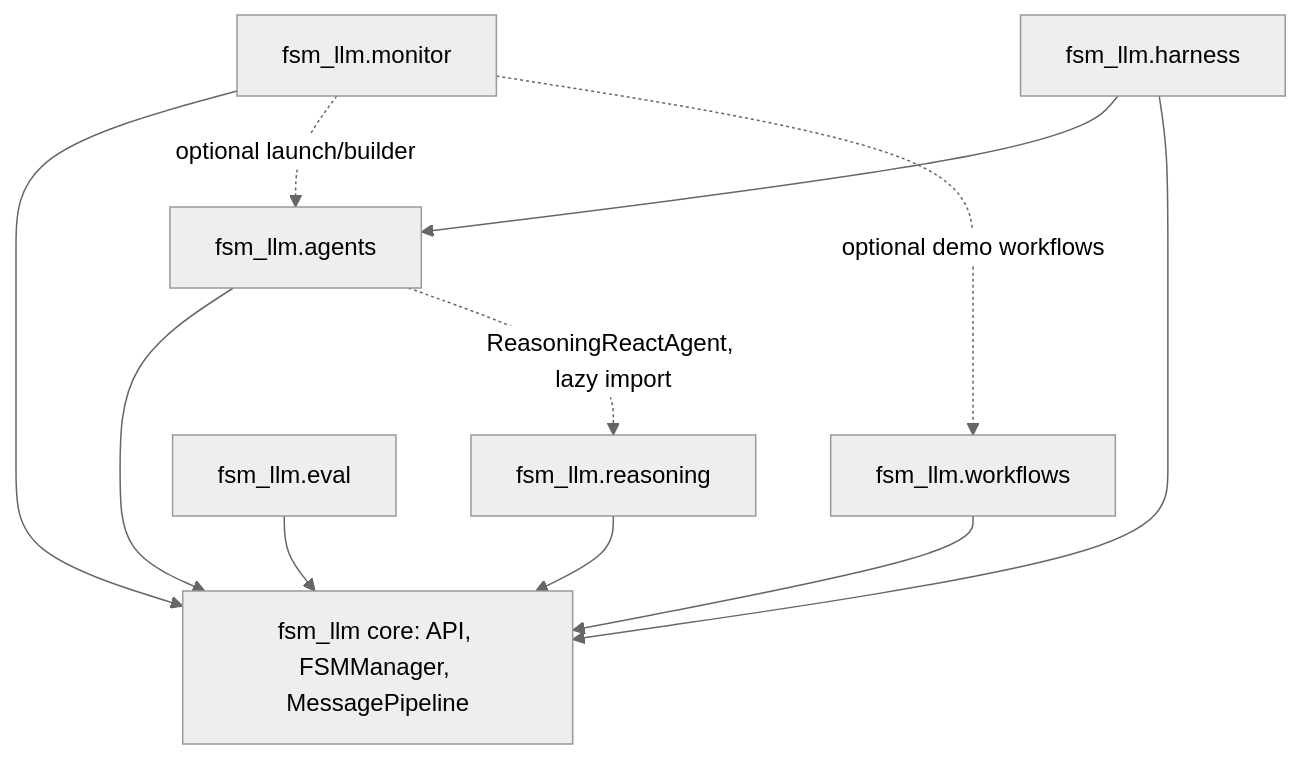
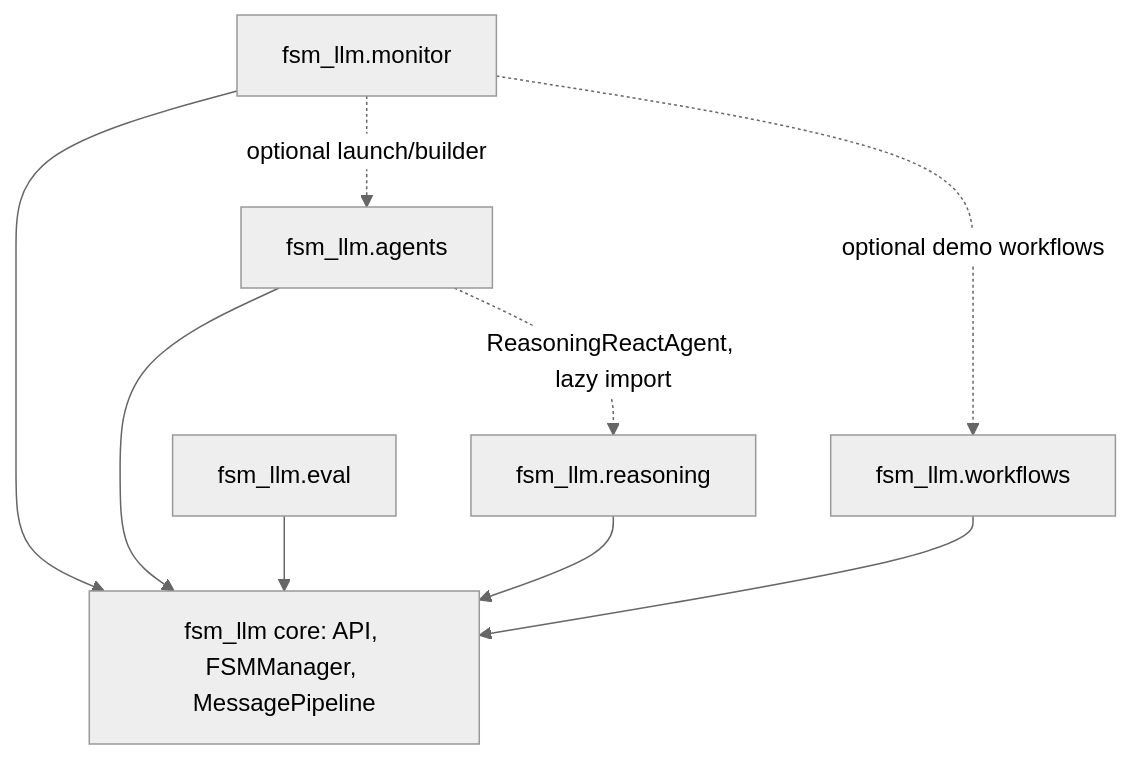
Before and after one commit to NikolasMarkou/fsm_llm: the diagram in AGENTS.md, drawn with Mermaid (neutral theme). The commit also changed other lines of this file and 3 other files, not shown here.

First line of the commit message:
[plan-2026-10-23-9312581f/iter-1/step-4] docs(root): remove the harness from AGENTS.md, README, CONTRIBUTING and CHANGELOG

````diff
--- a/AGENTS.md
+++ b/AGENTS.md
@@ -15,14 +15,12 @@
 ```mermaid
 flowchart TD
     core[fsm_llm core: API, FSMManager, MessagePipeline]
     reasoning[fsm_llm.reasoning] --> core
     workflows[fsm_llm.workflows] --> core
     agents[fsm_llm.agents] --> core
     agents -. ReasoningReactAgent, lazy import .-> reasoning
     monitor[fsm_llm.monitor] --> core
     monitor -. optional launch/builder .-> agents
     monitor -. optional demo workflows .-> workflows
-    harness[fsm_llm.harness] --> agents
-    harness --> core
     eval[fsm_llm.eval] --> core
 ```
````
